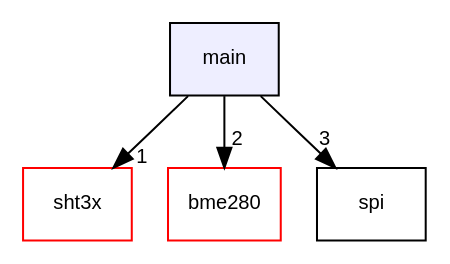
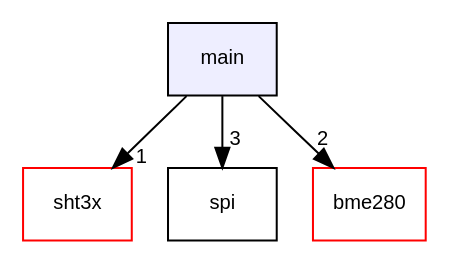
The diagram in dir_5c982d53a68cdbcd421152b4020263a9_dep.dot (cnpem-emi/simar-sw), drawn with Graphviz before and after one commit. The commit also changed other lines of this file and 333 other files, not shown here.

```diff
--- a/dir_5c982d53a68cdbcd421152b4020263a9_dep.dot
+++ b/dir_5c982d53a68cdbcd421152b4020263a9_dep.dot
@@ -1,12 +1,12 @@
 digraph "main" {
   compound=true
   node [ fontsize="10", fontname="Helvetica"];
   edge [ labelfontsize="10", labelfontname="Helvetica"];
   dir_5c982d53a68cdbcd421152b4020263a9 [shape=box, label="main", style="filled", fillcolor="#eeeeff", pencolor="black", URL="dir_5c982d53a68cdbcd421152b4020263a9.html"];
   dir_43b1249680df6b63ffc365fc1c1a0e46 [shape=box label="sht3x" fillcolor="white" style="filled" color="red" URL="dir_43b1249680df6b63ffc365fc1c1a0e46.html"];
+  dir_74e3a7ad2c0344d5e2e438cbd6b4ae4f [shape=box label="spi" URL="dir_74e3a7ad2c0344d5e2e438cbd6b4ae4f.html"];
   dir_e9fc29d502cfa802eafb6079bb83cea0 [shape=box label="bme280" fillcolor="white" style="filled" color="red" URL="dir_e9fc29d502cfa802eafb6079bb83cea0.html"];
-  dir_74e3a7ad2c0344d5e2e438cbd6b4ae4f [shape=box label="spi" URL="dir_74e3a7ad2c0344d5e2e438cbd6b4ae4f.html"];
   dir_5c982d53a68cdbcd421152b4020263a9->dir_43b1249680df6b63ffc365fc1c1a0e46 [headlabel="1", labeldistance=1.5 headhref="dir_000001_000002.html"];
+  dir_5c982d53a68cdbcd421152b4020263a9->dir_74e3a7ad2c0344d5e2e438cbd6b4ae4f [headlabel="3", labeldistance=1.5 headhref="dir_000001_000003.html"];
   dir_5c982d53a68cdbcd421152b4020263a9->dir_e9fc29d502cfa802eafb6079bb83cea0 [headlabel="2", labeldistance=1.5 headhref="dir_000001_000000.html"];
-  dir_5c982d53a68cdbcd421152b4020263a9->dir_74e3a7ad2c0344d5e2e438cbd6b4ae4f [headlabel="3", labeldistance=1.5 headhref="dir_000001_000003.html"];
 }
```
